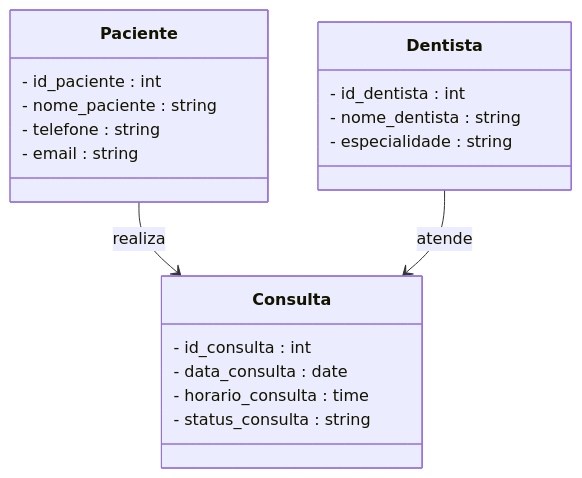
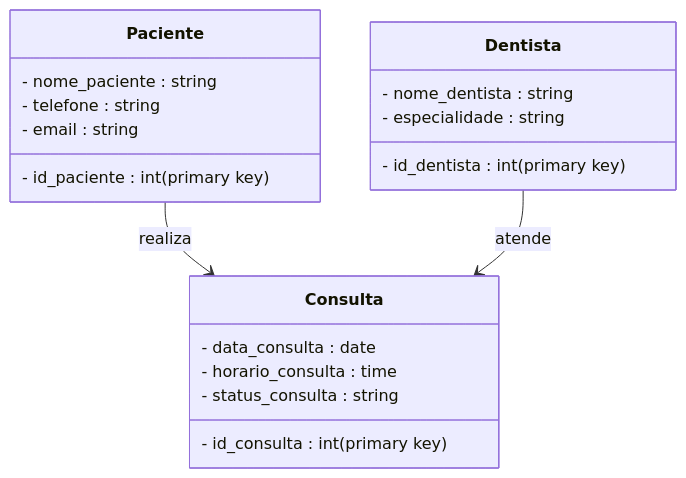
The diagram in README.md (marcelacls/Sistema-de-agendamento-PHP), drawn with Mermaid before and after one commit.

````diff
--- a/README.md
+++ b/README.md
@@ -73,27 +73,27 @@
 ```mermaid
 classDiagram
 
 class Paciente {
-  - id_paciente : int
+  - id_paciente : int (primary key)
   - nome_paciente : string
   - telefone : string
   - email : string
   
 }
 
 class Dentista {
-  - id_dentista : int
+  - id_dentista : int (primary key)
   - nome_dentista : string
   - especialidade : string
 }
 
 class Consulta {
-  - id_consulta : int
+  - id_consulta : int (primary key)
   - data_consulta : date
   - horario_consulta : time
   - status_consulta : string
 }
 
 Paciente --> Consulta : realiza
 Dentista --> Consulta : atende
 ```
````
